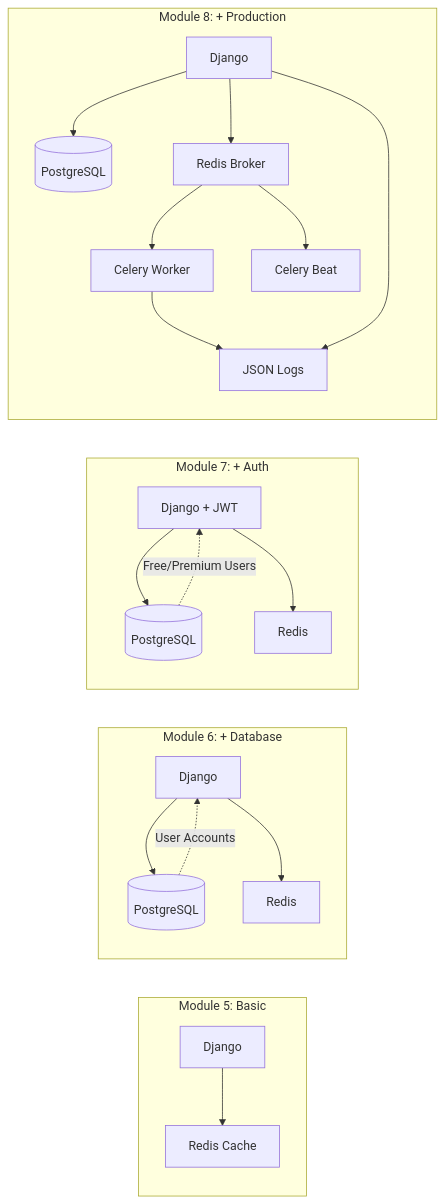
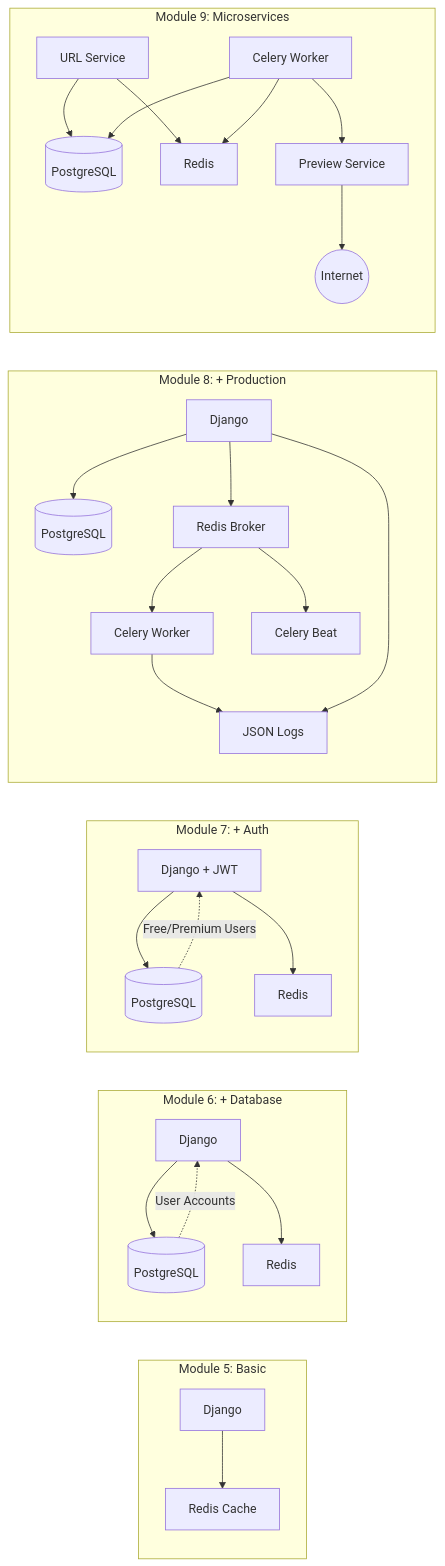
Before and after one commit to Ishimwediane/Labs: the second of 6 diagrams in README.md, drawn with Mermaid. The commit also changed other lines of this file, not shown here.

Commit message:
docs:updating readme for module9

````diff
--- a/README.md
+++ b/README.md
@@ -55,27 +58,36 @@
 ```mermaid
 graph LR
     subgraph "Module 5: Basic"
         D5[Django] --> R5[Redis Cache]
     end
     
     subgraph "Module 6: + Database"
         D6[Django] --> PG6[(PostgreSQL)]
         D6 --> R6[Redis]
         PG6 -.User Accounts.-> D6
     end
     
     subgraph "Module 7: + Auth"
         D7[Django + JWT] --> PG7[(PostgreSQL)]
         D7 --> R7[Redis]
         PG7 -.Free/Premium Users.-> D7
     end
     
     subgraph "Module 8: + Production"
         D8[Django] --> PG8[(PostgreSQL)]
         D8 --> R8[Redis Broker]
         R8 --> C8[Celery Worker]
         R8 --> B8[Celery Beat]
         C8 --> L8[JSON Logs]
         D8 --> L8
     end
+    
+    subgraph "Module 9: Microservices"
+        D9[URL Service] --> PG9[(PostgreSQL)]
+        D9 --> R9[Redis]
+        W9[Celery Worker] --> R9
+        W9 --> P9[Preview Service]
+        P9 --> Internet((Internet))
+        W9 --> PG9
+    end
 ```
````
